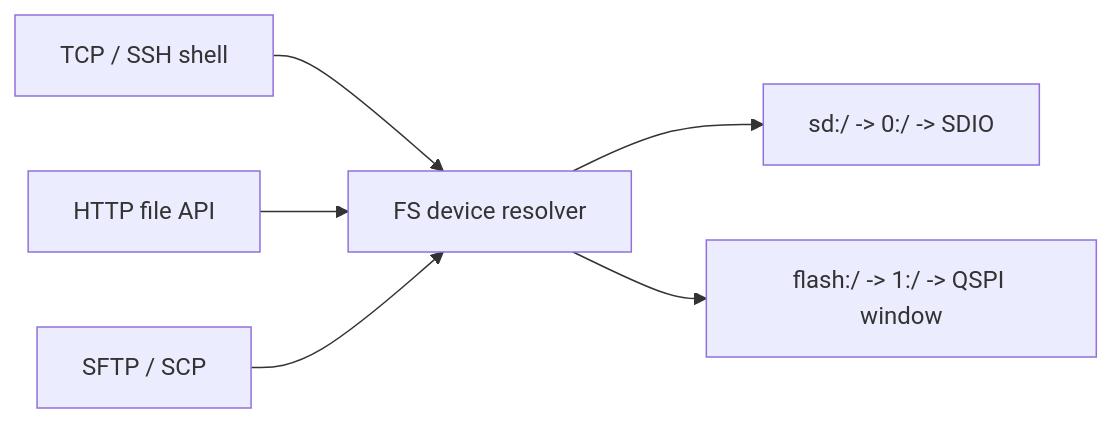
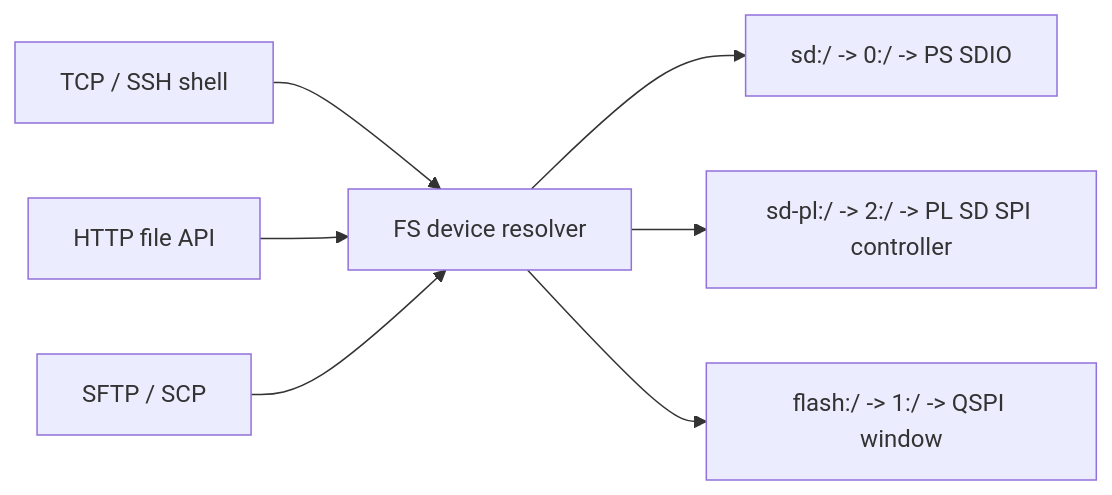
Before and after one commit to igtrefilov/bvstk: the diagram in docs/user/filesystems.md, drawn with Mermaid. The commit also changed other lines of this file and 30 other files, not shown here.

````diff
--- a/docs/user/filesystems.md
+++ b/docs/user/filesystems.md
@@ -12,14 +13,16 @@
 ```mermaid
 flowchart LR
     Shell[TCP / SSH shell]
     HTTP[HTTP file API]
     SFTP[SFTP / SCP]
     Devices[FS device resolver]
-    SD[sd:/ -> 0:/ -> SDIO]
+    SDPS[sd:/ -> 0:/ -> PS SDIO]
+    SDPL[sd-pl:/ -> 2:/ -> PL SD SPI controller]
     Flash[flash:/ -> 1:/ -> QSPI window]
     Shell --> Devices
     HTTP --> Devices
     SFTP --> Devices
-    Devices --> SD
+    Devices --> SDPS
+    Devices --> SDPL
     Devices --> Flash
 ```
````
